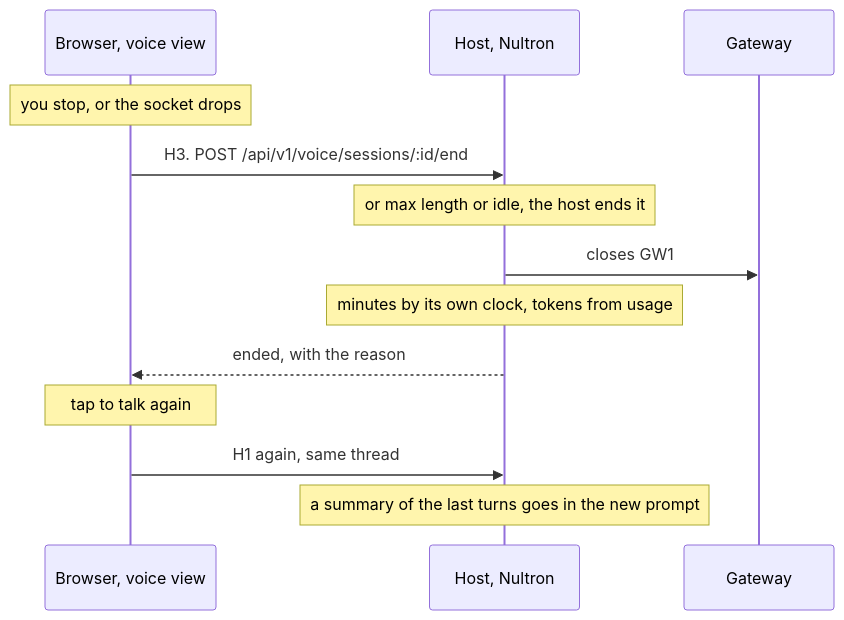
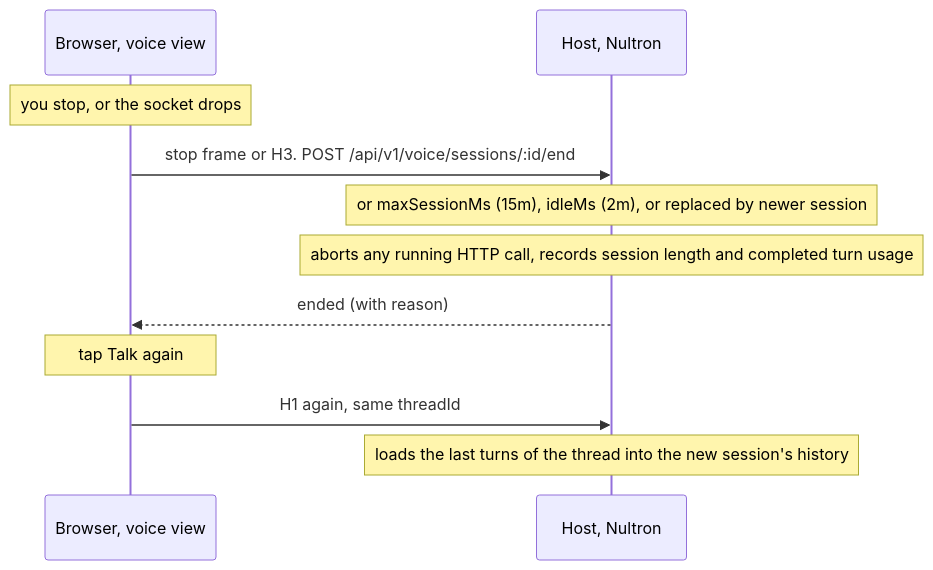
One commit to Kyoo032/Nultron changed the seventh of 9 diagrams in docs/internal/voice-mode-plan.md. Above: the diagram before and after it, drawn with Mermaid. The commit also changed other lines of this file, not shown here.

First line of the commit message:
docs(voice): the plan after Day 0, an HTTP talker

````diff
--- a/docs/internal/voice-mode-plan.md
+++ b/docs/internal/voice-mode-plan.md
@@ -289,15 +348,13 @@
 ```mermaid
 sequenceDiagram
   participant B as Browser, voice view
   participant H as Host, Nultron
-  participant G as Gateway
   Note over B: you stop, or the socket drops
-  B->>H: H3. POST /api/v1/voice/sessions/:id/end
-  Note over H: or max length or idle, the host ends it
-  H->>G: closes GW1
-  Note over H: minutes by its own clock, tokens from usage
-  H-->>B: ended, with the reason
-  Note over B: tap to talk again
-  B->>H: H1 again, same thread
-  Note over H: a summary of the last turns goes in the new prompt
+  B->>H: stop frame or H3. POST /api/v1/voice/sessions/:id/end
+  Note over H: or maxSessionMs (15m), idleMs (2m), or replaced by newer session
+  Note over H: aborts any running HTTP call, records session length and completed turn usage
+  H-->>B: ended (with reason)
+  Note over B: tap Talk again
+  B->>H: H1 again, same threadId
+  Note over H: loads the last turns of the thread into the new session's history
 ```
````
